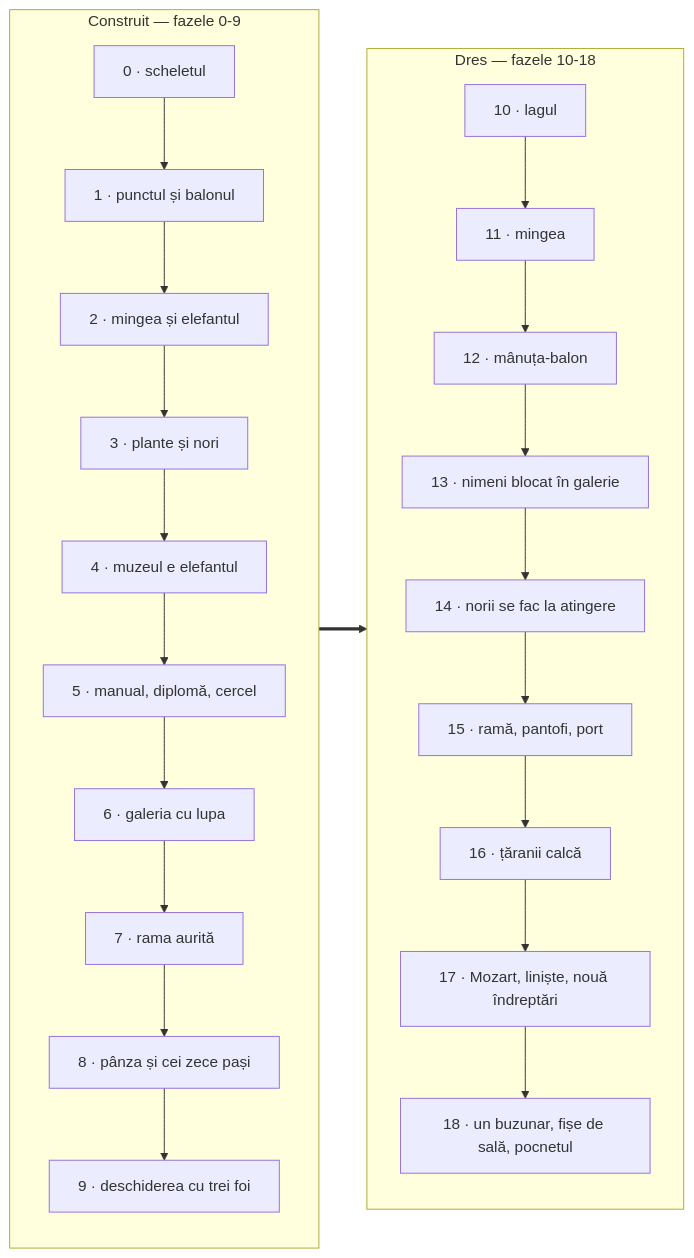
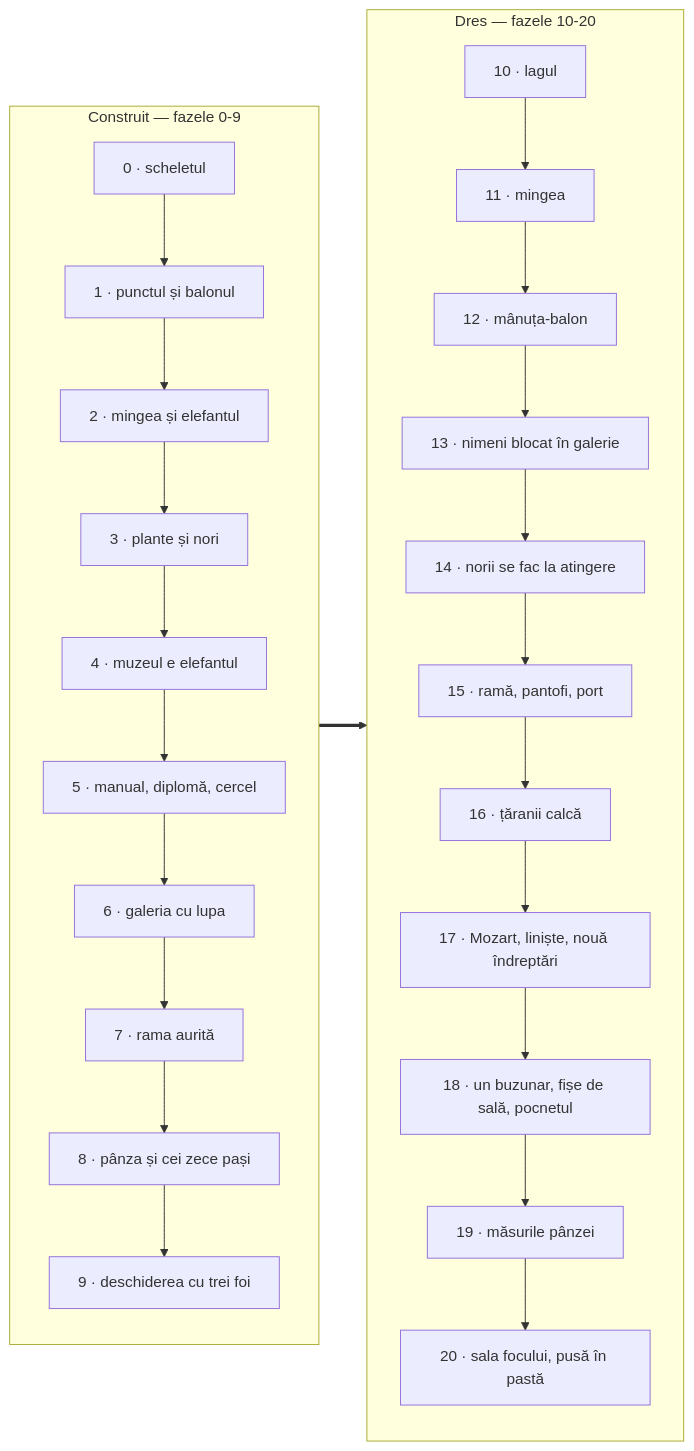
The seventh of 8 diagrams in ARCHITECTURE.md (Whit3G9dNess/Viata-dintr-o-atingere), drawn with Mermaid before and after one commit. The commit also changed other lines of this file and 13 other files, not shown here.

````diff
--- a/ARCHITECTURE.md
+++ b/ARCHITECTURE.md
@@ -171,27 +245,29 @@
 ```mermaid
 flowchart LR
   subgraph CONSTRUIT["Construit — fazele 0-9"]
     direction TB
     F0["0 · scheletul"] --> F1["1 · punctul și balonul"]
     F1 --> F2["2 · mingea și elefantul"]
     F2 --> F3["3 · plante și nori"]
     F3 --> F4["4 · muzeul e elefantul"]
     F4 --> F5["5 · manual, diplomă, cercel"]
     F5 --> F6["6 · galeria cu lupa"]
     F6 --> F7["7 · rama aurită"]
     F7 --> F8["8 · pânza și cei zece pași"]
     F8 --> F9["9 · deschiderea cu trei foi"]
   end
-  subgraph DRES["Dres — fazele 10-18"]
+  subgraph DRES["Dres — fazele 10-20"]
     direction TB
     F10["10 · lagul"] --> F11["11 · mingea"]
     F11 --> F12["12 · mânuța-balon"]
     F12 --> F13["13 · nimeni blocat în galerie"]
     F13 --> F14["14 · norii se fac la atingere"]
     F14 --> F15["15 · ramă, pantofi, port"]
     F15 --> F16["16 · țăranii calcă"]
     F16 --> F17["17 · Mozart, liniște, nouă îndreptări"]
     F17 --> F18["18 · un buzunar, fișe de sală, pocnetul"]
+    F18 --> F19["19 · măsurile pânzei"]
+    F19 --> F20["20 · sala focului, pusă în pastă"]
   end
   CONSTRUIT ==> DRES
 ```
````
